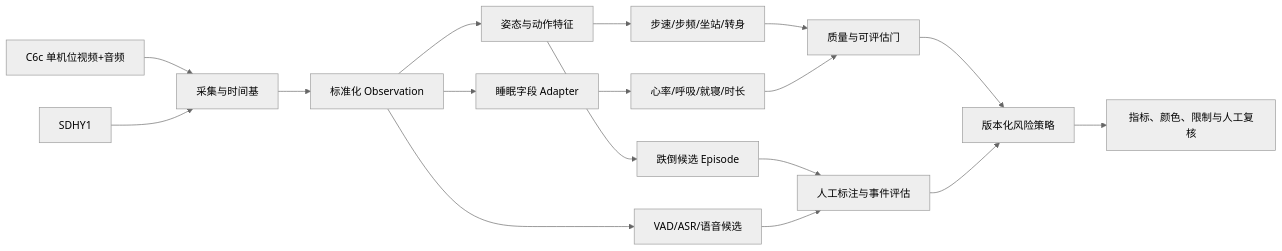
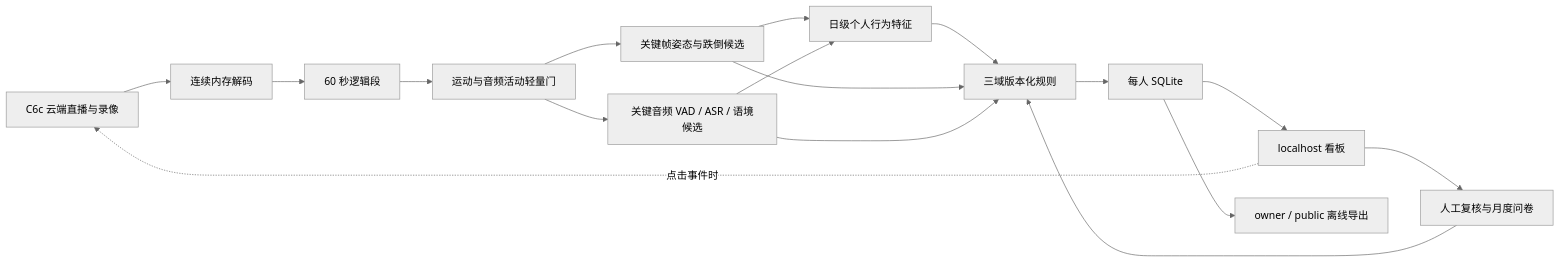
The diagram in docs/design/system-architecture.md (a1443356159/kangshield), drawn with Mermaid (neutral theme) before and after one commit. The commit also changed other lines of this file and 211 other files, not shown here.

````diff
--- a/docs/design/system-architecture.md
+++ b/docs/design/system-architecture.md
@@ -16,19 +14,19 @@
 ```mermaid
 flowchart LR
-    C[C6c 单机位视频+音频] --> A[采集与时间基]
-    S[SDHY1] --> A
-    A --> O[标准化 Observation]
-    O --> P[姿态与动作特征]
-    O --> V[VAD/ASR/语音候选]
-    O --> D[睡眠字段 Adapter]
-    P --> I[步速/步频/坐站/转身]
-    P --> F[跌倒候选 Episode]
-    D --> I2[心率/呼吸/就寝/时长]
-    I --> Q[质量与可评估门]
-    I2 --> Q
-    F --> E[人工标注与事件评估]
-    V --> E
-    Q --> R[版本化风险策略]
-    E --> R
-    R --> U[指标、颜色、限制与人工复核]
+    C[C6c 云端直播与录像] --> M[连续内存解码]
+    M --> S[60 秒逻辑段]
+    S --> G[运动与音频活动轻量门]
+    G --> P[关键帧姿态与跌倒候选]
+    G --> A[关键音频 VAD / ASR / 语境候选]
+    P --> D[日级个人行为特征]
+    A --> D
+    D --> R[三域版本化规则]
+    P --> R
+    A --> R
+    R --> L[每人 SQLite]
+    L --> W[localhost 看板]
+    W --> H[人工复核与月度问卷]
+    H --> R
+    L --> E[owner / public 离线导出]
+    W -.点击事件时.-> C
 ```
````
